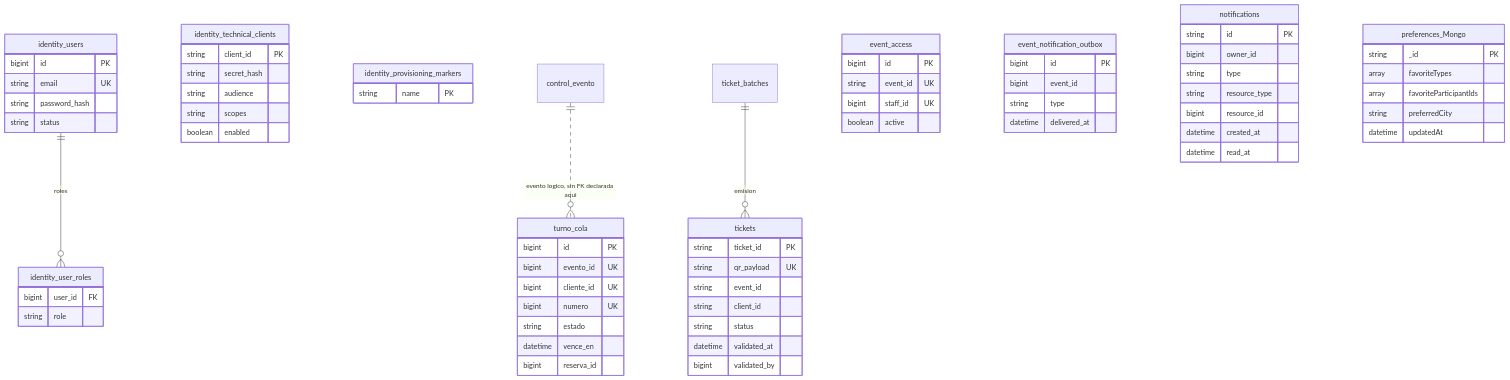
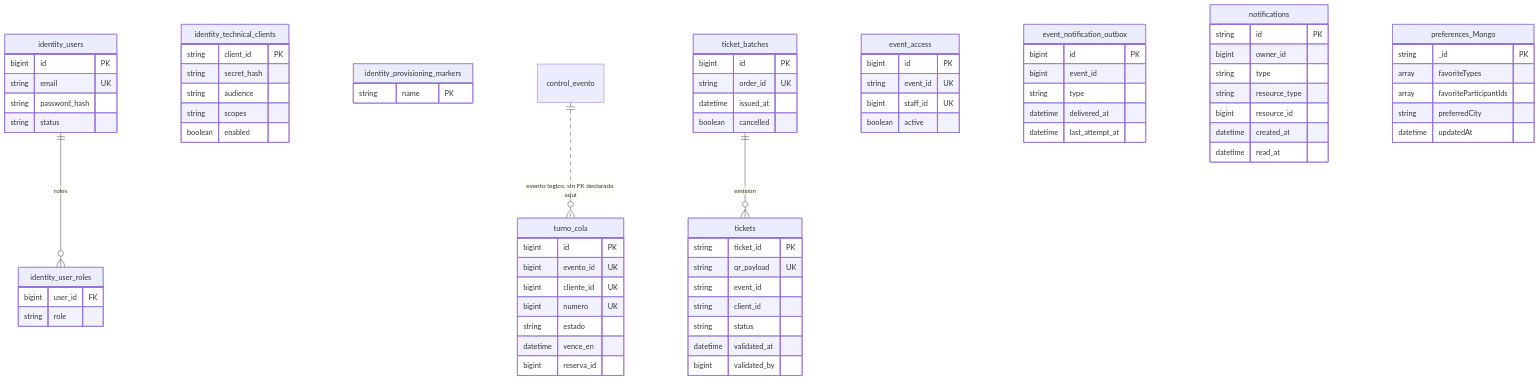
The second of 5 diagrams in docs/entrega2/entrega-final.md (Vespetxe/Grupo8-ArquitecturasWeb2026), drawn with Mermaid before and after one commit. The commit also changed other lines of this file and 30 other files, not shown here.

```diff
--- a/docs/entrega2/entrega-final.md
+++ b/docs/entrega2/entrega-final.md
@@ -76,72 +76,79 @@
 ~~~mermaid
 erDiagram
   identity_users ||--o{ identity_user_roles : roles
   identity_users {
     bigint id PK
     string email UK
     string password_hash
     string status
   }
   identity_user_roles {
     bigint user_id FK
     string role
   }
   identity_technical_clients {
     string client_id PK
     string secret_hash
     string audience
     string scopes
     boolean enabled
   }
   identity_provisioning_markers {
     string name PK
   }
   control_evento ||..o{ turno_cola : "evento logico, sin FK declarada aqui"
   turno_cola {
     bigint id PK
     bigint evento_id UK
     bigint cliente_id UK
     bigint numero UK
     string estado
     datetime vence_en
     bigint reserva_id
   }
   ticket_batches ||--o{ tickets : emision
+  ticket_batches {
+    bigint id PK
+    string order_id UK
+    datetime issued_at
+    boolean cancelled
+  }
   tickets {
     string ticket_id PK
     string qr_payload UK
     string event_id
     string client_id
     string status
     datetime validated_at
     bigint validated_by
   }
   event_access {
     bigint id PK
     string event_id UK
     bigint staff_id UK
     boolean active
   }
   event_notification_outbox {
     bigint id PK
     bigint event_id
     string type
     datetime delivered_at
+    datetime last_attempt_at
   }
   notifications {
     string id PK
     bigint owner_id
     string type
     string resource_type
     bigint resource_id
     datetime created_at
     datetime read_at
   }
   preferences_Mongo {
     string _id PK
     array favoriteTypes
     array favoriteParticipantIds
     string preferredCity
     datetime updatedAt
   }
 ~~~
```
